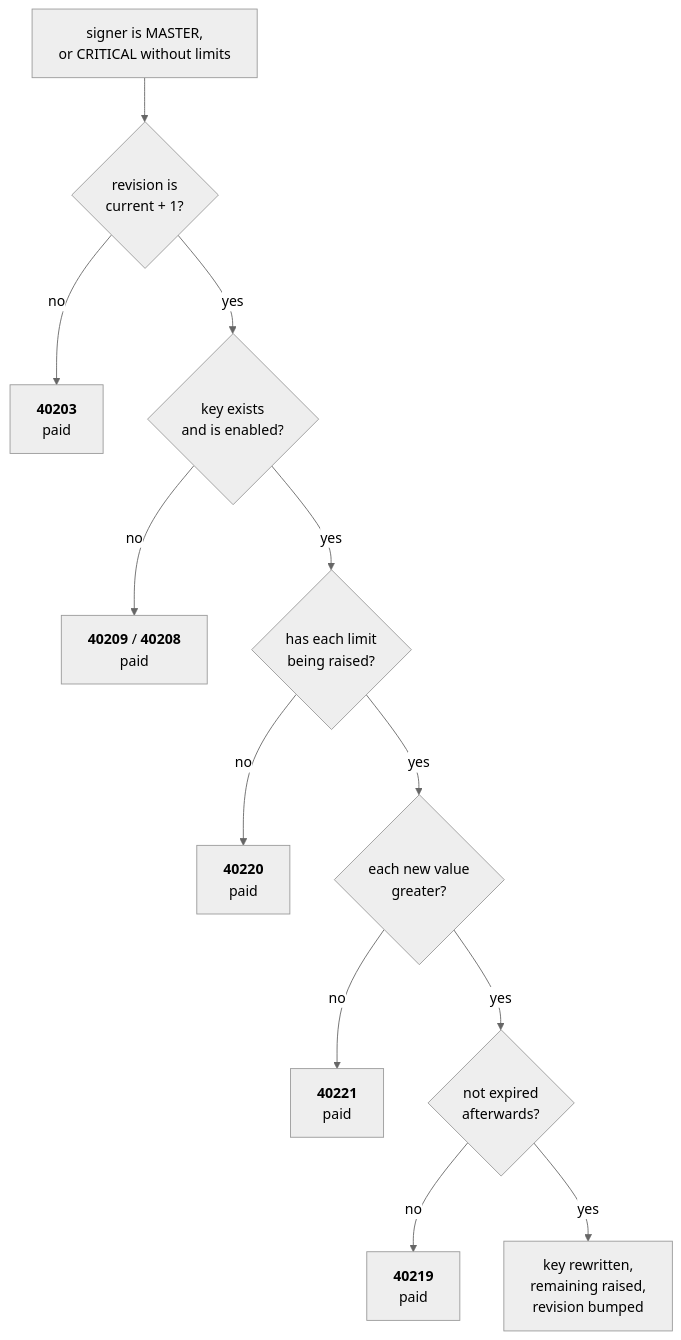
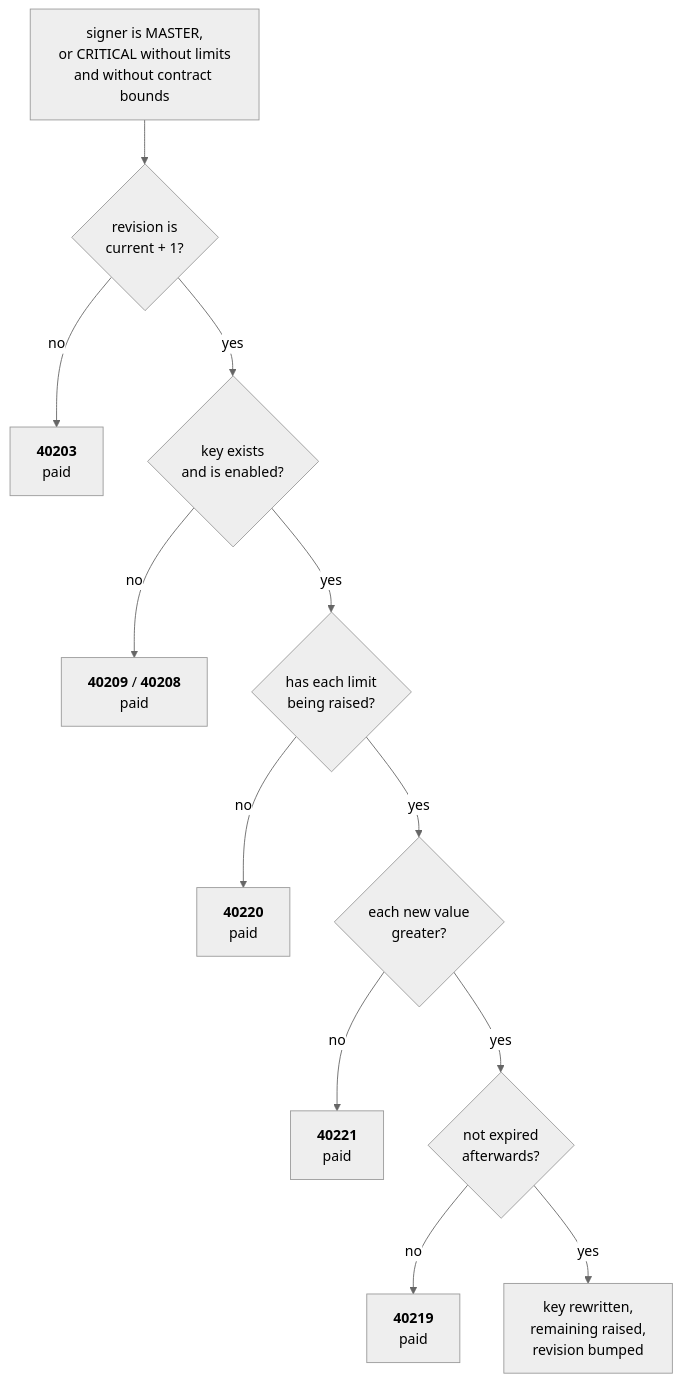
One commit to dashpay/platform changed the fourth of 9 diagrams in book/src/data-model/key-limits.md. Above: the diagram before and after it, drawn with Mermaid (neutral theme). The commit also changed other lines of this file and 29 other files, not shown here.

````diff
--- a/book/src/data-model/key-limits.md
+++ b/book/src/data-model/key-limits.md
@@ -201,14 +201,14 @@
 ```mermaid
 flowchart TD
-    S["signer is MASTER,<br/>or CRITICAL without limits"] --> R{"revision is<br/>current + 1?"}
+    S["signer is MASTER,<br/>or CRITICAL without limits<br/>and without contract bounds"] --> R{"revision is<br/>current + 1?"}
     R -->|no| E1["<b>40203</b><br/>paid"]
     R -->|yes| K{"key exists<br/>and is enabled?"}
     K -->|no| E2["<b>40209</b> / <b>40208</b><br/>paid"]
     K -->|yes| L{"has each limit<br/>being raised?"}
     L -->|no| E3["<b>40220</b><br/>paid"]
     L -->|yes| G{"each new value<br/>greater?"}
     G -->|no| E4["<b>40221</b><br/>paid"]
     G -->|yes| X{"not expired<br/>afterwards?"}
     X -->|no| E5["<b>40219</b><br/>paid"]
     X -->|yes| OK["key rewritten,<br/>remaining raised,<br/>revision bumped"]
 ```
````
